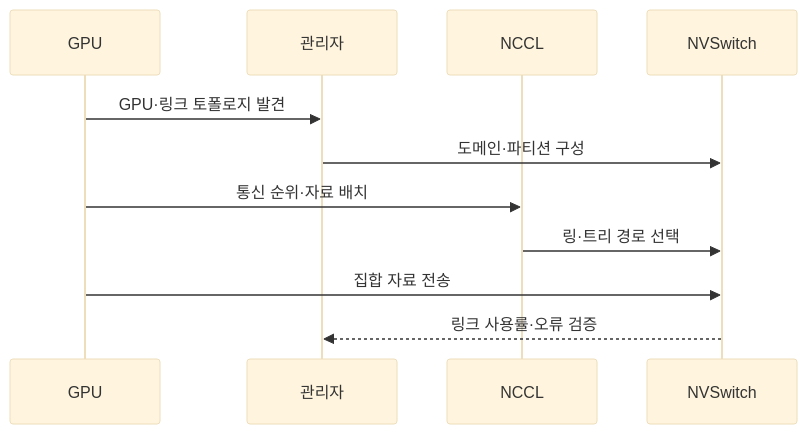
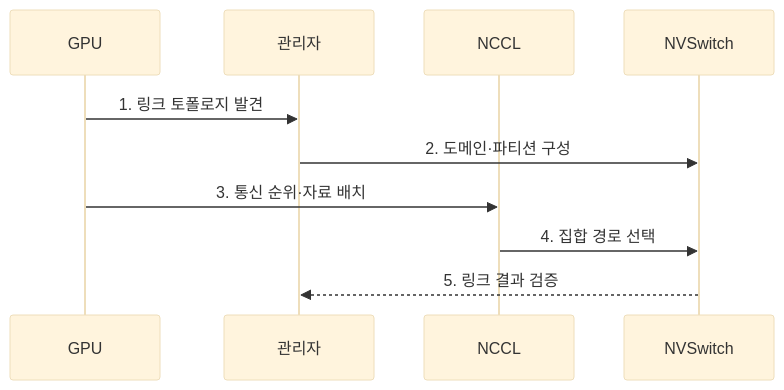
Before and after one commit to agnusdei1207/knowledge-base: the second of 2 diagrams in src/content/docs/notes/04-network/105_nvlink.md, drawn with Mermaid (base theme). The commit also changed other lines of this file and 21 other files, not shown here.

````diff
--- a/src/content/docs/notes/04-network/105_nvlink.md
+++ b/src/content/docs/notes/04-network/105_nvlink.md
@@ -83,13 +82,12 @@
 ```mermaid
 sequenceDiagram
     participant GPU
     participant 관리자
     participant NCCL
     participant NVSwitch
-    GPU->>관리자: GPU·링크 토폴로지 발견
-    관리자->>NVSwitch: 도메인·파티션 구성
-    GPU->>NCCL: 통신 순위·자료 배치
-    NCCL->>NVSwitch: 링·트리 경로 선택
-    GPU->>NVSwitch: 집합 자료 전송
-    NVSwitch-->>관리자: 링크 사용률·오류 검증
+    GPU->>관리자: 1. 링크 토폴로지 발견
+    관리자->>NVSwitch: 2. 도메인·파티션 구성
+    GPU->>NCCL: 3. 통신 순위·자료 배치
+    NCCL->>NVSwitch: 4. 집합 경로 선택
+    NVSwitch-->>관리자: 5. 링크 결과 검증
 ```
````
